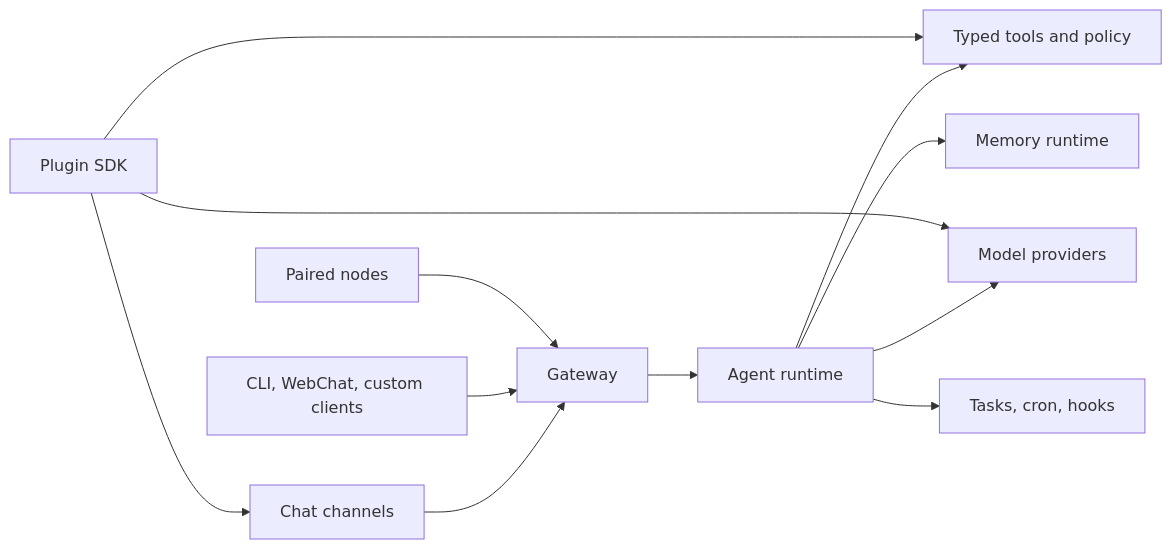
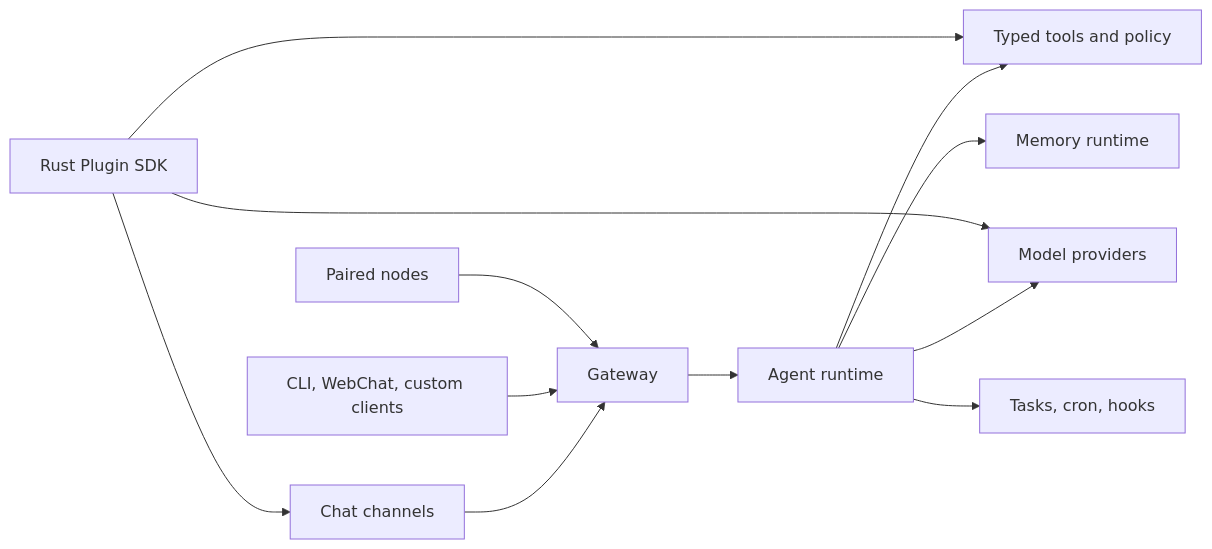
The diagram in README.zh-CN.md (qianleigood/crawclaw), drawn with Mermaid before and after one commit. The commit also changed other lines of this file and 227 other files, not shown here.

Commit message:
Plugins: remove JS plugin SDK

````diff
--- a/README.zh-CN.md
+++ b/README.zh-CN.md
@@ -138,14 +138,14 @@
 ```mermaid
 flowchart LR
   Channels["Chat channels"] --> Gateway["Gateway"]
   Clients["CLI, WebChat, custom clients"] --> Gateway
   Nodes["Paired nodes"] --> Gateway
   Gateway --> Agent["Agent runtime"]
   Agent --> Tools["Typed tools and policy"]
   Agent --> Providers["Model providers"]
   Agent --> Memory["Memory runtime"]
   Agent --> Automation["Tasks, cron, hooks"]
-  Plugins["Plugin SDK"] --> Channels
+  Plugins["Rust Plugin SDK"] --> Channels
   Plugins --> Tools
   Plugins --> Providers
 ```
````
